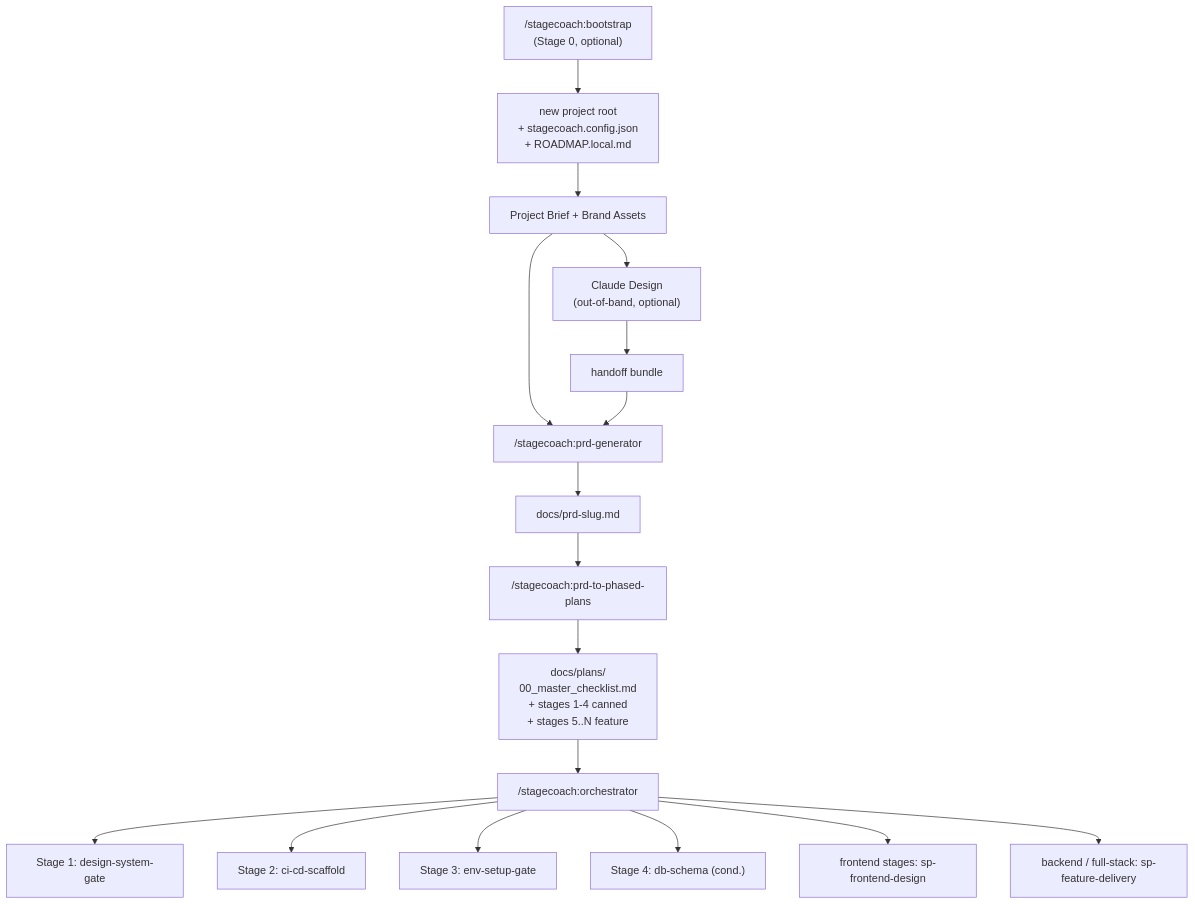
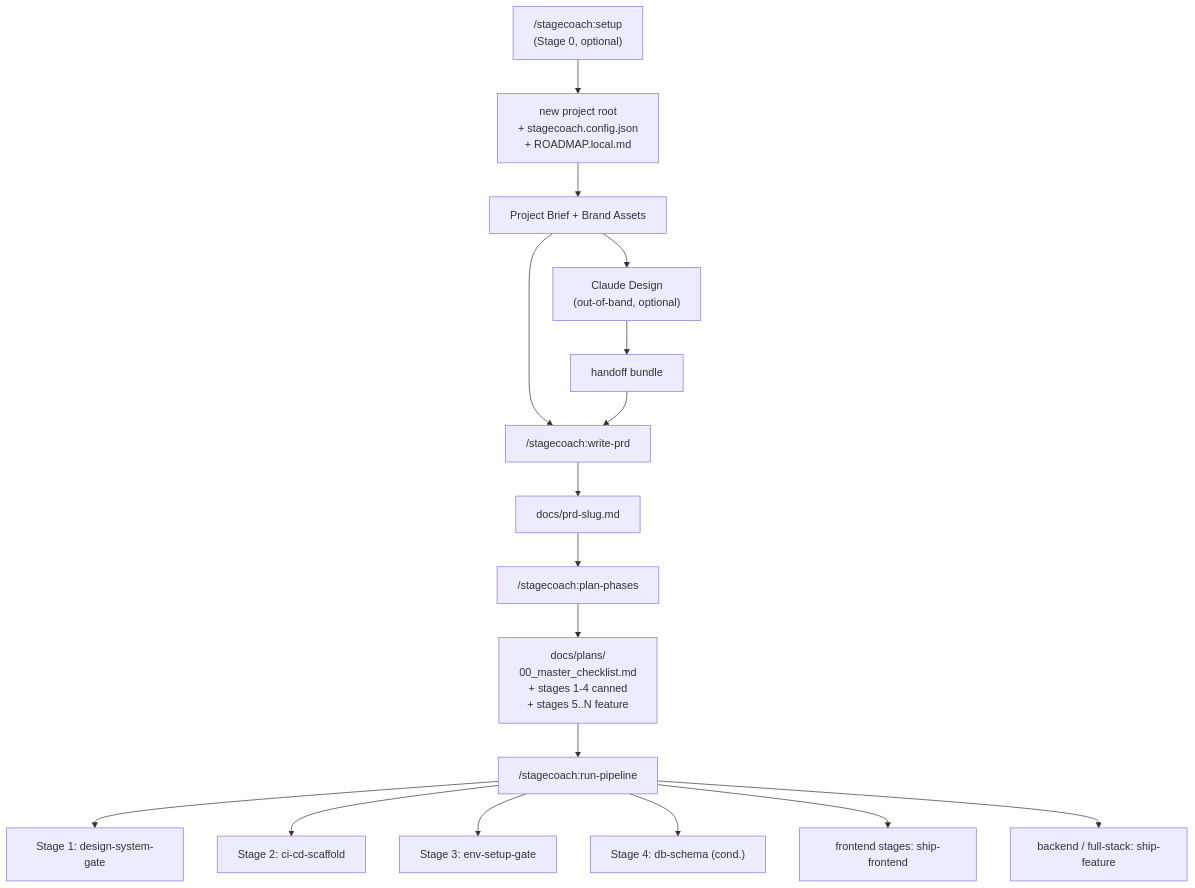
One commit to steve-piece/Stagecoach changed the diagram in README.md. Above: the diagram before and after it, drawn with Mermaid. The commit also changed other lines of this file and 133 other files, not shown here.

````diff
--- a/README.md
+++ b/README.md
@@ -37,20 +37,20 @@
 ```mermaid
 flowchart TD
-    Bootstrap["/stagecoach:bootstrap<br/>(Stage 0, optional)"]
+    Bootstrap["/stagecoach:setup<br/>(Stage 0, optional)"]
     Bootstrap --> Root["new project root<br/>+ stagecoach.config.json<br/>+ ROADMAP.local.md"]
     Root --> Brief["Project Brief + Brand Assets"]
     Brief --> CD["Claude Design<br/>(out-of-band, optional)"]
     CD --> Bundle["handoff bundle"]
-    Brief --> PRDGen["/stagecoach:prd-generator"]
+    Brief --> PRDGen["/stagecoach:write-prd"]
     Bundle --> PRDGen
     PRDGen --> PRD["docs/prd-slug.md"]
-    PRD --> Phased["/stagecoach:prd-to-phased-plans"]
+    PRD --> Phased["/stagecoach:plan-phases"]
     Phased --> Plans["docs/plans/<br/>00_master_checklist.md<br/>+ stages 1-4 canned<br/>+ stages 5..N feature"]
-    Plans --> Orchestrator["/stagecoach:orchestrator"]
+    Plans --> Orchestrator["/stagecoach:run-pipeline"]
     Orchestrator --> DSGate["Stage 1: design-system-gate"]
     Orchestrator --> Scaffold["Stage 2: ci-cd-scaffold"]
     Orchestrator --> EnvGate["Stage 3: env-setup-gate"]
     Orchestrator --> DBSchema["Stage 4: db-schema (cond.)"]
-    Orchestrator --> FE["frontend stages: sp-frontend-design"]
-    Orchestrator --> Feature["backend / full-stack: sp-feature-delivery"]
+    Orchestrator --> FE["frontend stages: ship-frontend"]
+    Orchestrator --> Feature["backend / full-stack: ship-feature"]
 ```
````
